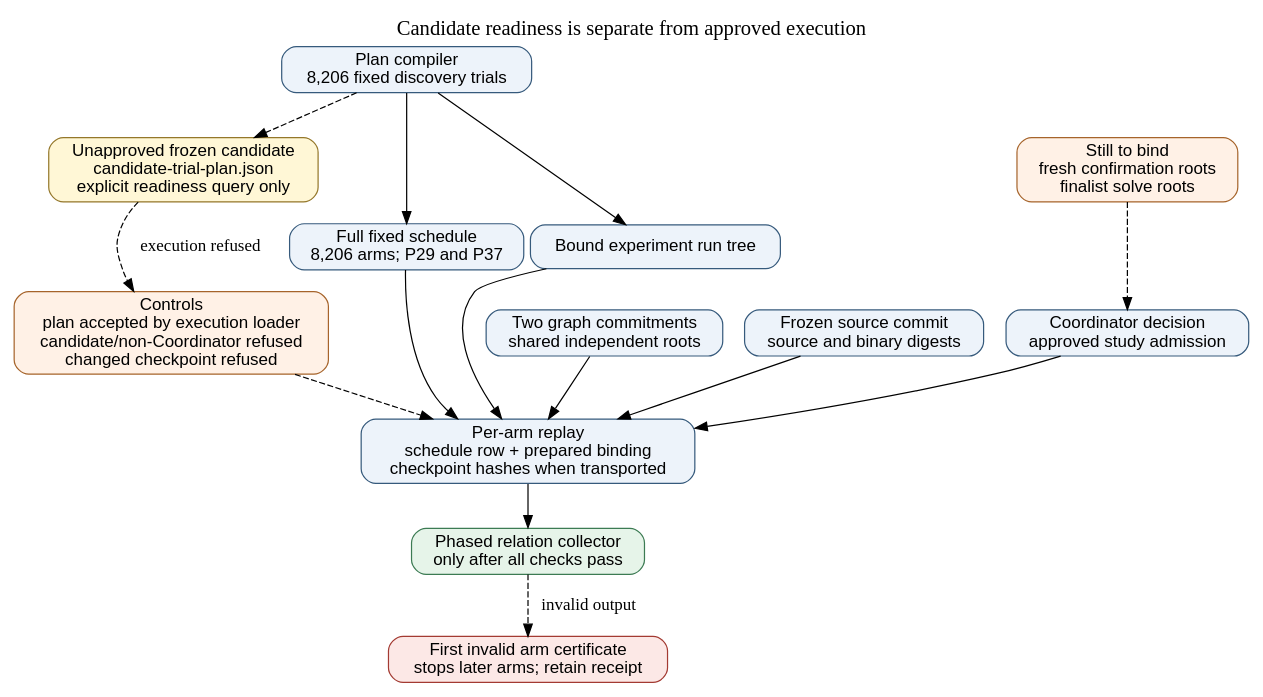
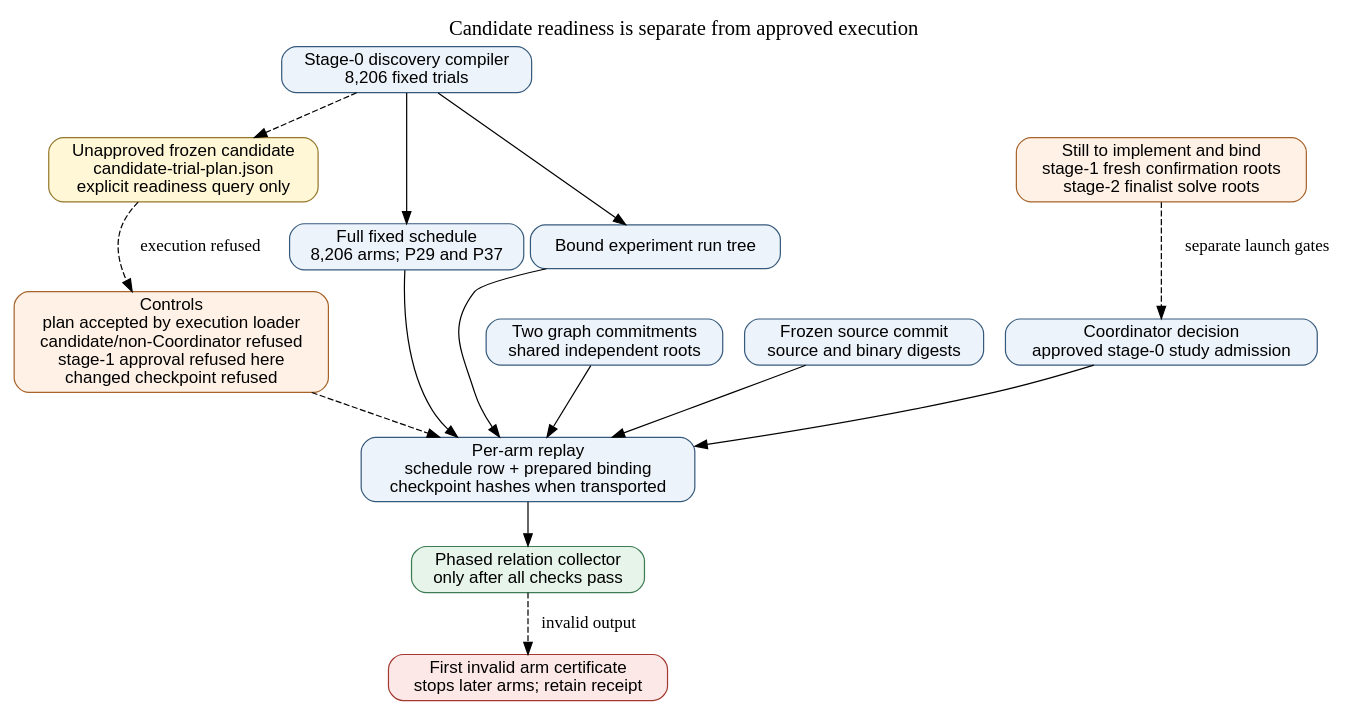
One commit to aburan28/crypto-autoresearcher changed the diagram in research/isogeny_relation_yield_scan_20261016/graph_plan_20261023/diagram.dot. Above: the diagram before and after it, drawn with Graphviz. The commit also changed 6 other files, not shown here.

Commit message:
test: reject later-stage approvals at discovery admission

```diff
--- a/research/isogeny_relation_yield_scan_20261016/graph_plan_20261023/diagram.dot
+++ b/research/isogeny_relation_yield_scan_20261016/graph_plan_20261023/diagram.dot
@@ -1,29 +1,29 @@
 digraph G {
   graph [rankdir=TB, bgcolor="white", label="Candidate readiness is separate from approved execution", labelloc=t, fontsize=17];
   node [shape=box, style="rounded,filled", fillcolor="#edf3fa", color="#365a7c", fontname="Helvetica"];
-  approved [label="Coordinator decision\napproved study admission"];
-  compiler [label="Plan compiler\n8,206 fixed discovery trials"];
+  approved [label="Coordinator decision\napproved stage-0 study admission"];
+  compiler [label="Stage-0 discovery compiler\n8,206 fixed trials"];
   candidate [label="Unapproved frozen candidate\ncandidate-trial-plan.json\nexplicit readiness query only", fillcolor="#fff7d6", color="#94772a"];
   schedule [label="Full fixed schedule\n8,206 arms; P29 and P37"];
   roots [label="Two graph commitments\nshared independent roots"];
   sources [label="Frozen source commit\nsource and binary digests"];
   output [label="Bound experiment run tree"];
   perarm [label="Per-arm replay\nschedule row + prepared binding\ncheckpoint hashes when transported"];
   launch [label="Phased relation collector\nonly after all checks pass", fillcolor="#e6f4e9", color="#3c7b53"];
   stop [label="First invalid arm certificate\nstops later arms; retain receipt", fillcolor="#fce8e6", color="#a33a32"];
-  controls [label="Controls\nplan accepted by execution loader\ncandidate/non-Coordinator refused\nchanged checkpoint refused", fillcolor="#fff1e6", color="#a6642b"];
-  stages [label="Still to bind\nfresh confirmation roots\nfinalist solve roots", fillcolor="#fff1e6", color="#a6642b"];
+  controls [label="Controls\nplan accepted by execution loader\ncandidate/non-Coordinator refused\nstage-1 approval refused here\nchanged checkpoint refused", fillcolor="#fff1e6", color="#a6642b"];
+  stages [label="Still to implement and bind\nstage-1 fresh confirmation roots\nstage-2 finalist solve roots", fillcolor="#fff1e6", color="#a6642b"];
   compiler -> candidate [style=dashed];
   candidate -> controls [style=dashed, label="execution refused"];
   compiler -> schedule;
   compiler -> output;
   approved -> perarm;
   schedule -> perarm;
   roots -> perarm;
   sources -> perarm;
   output -> perarm;
   perarm -> launch;
   launch -> stop [style=dashed, label="invalid output"];
   controls -> perarm [style=dashed];
-  stages -> approved [style=dashed];
+  stages -> approved [style=dashed, label="separate launch gates"];
 }
```
